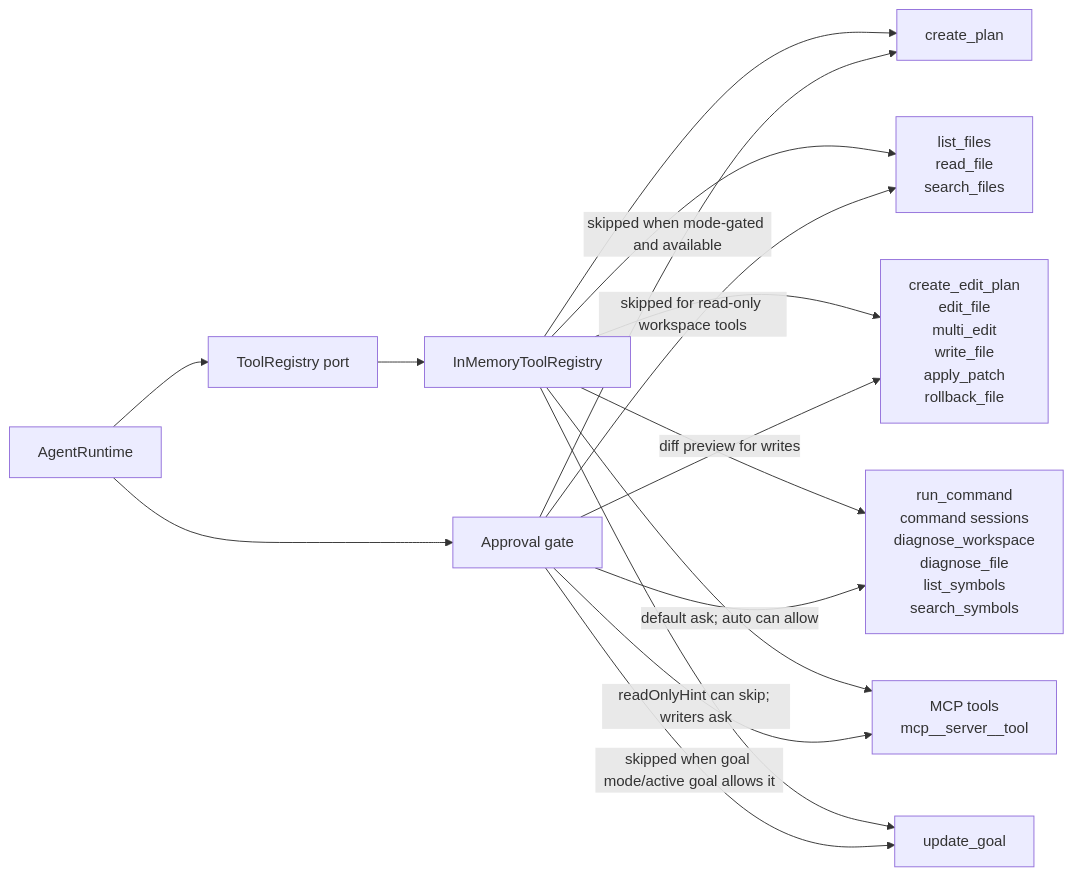
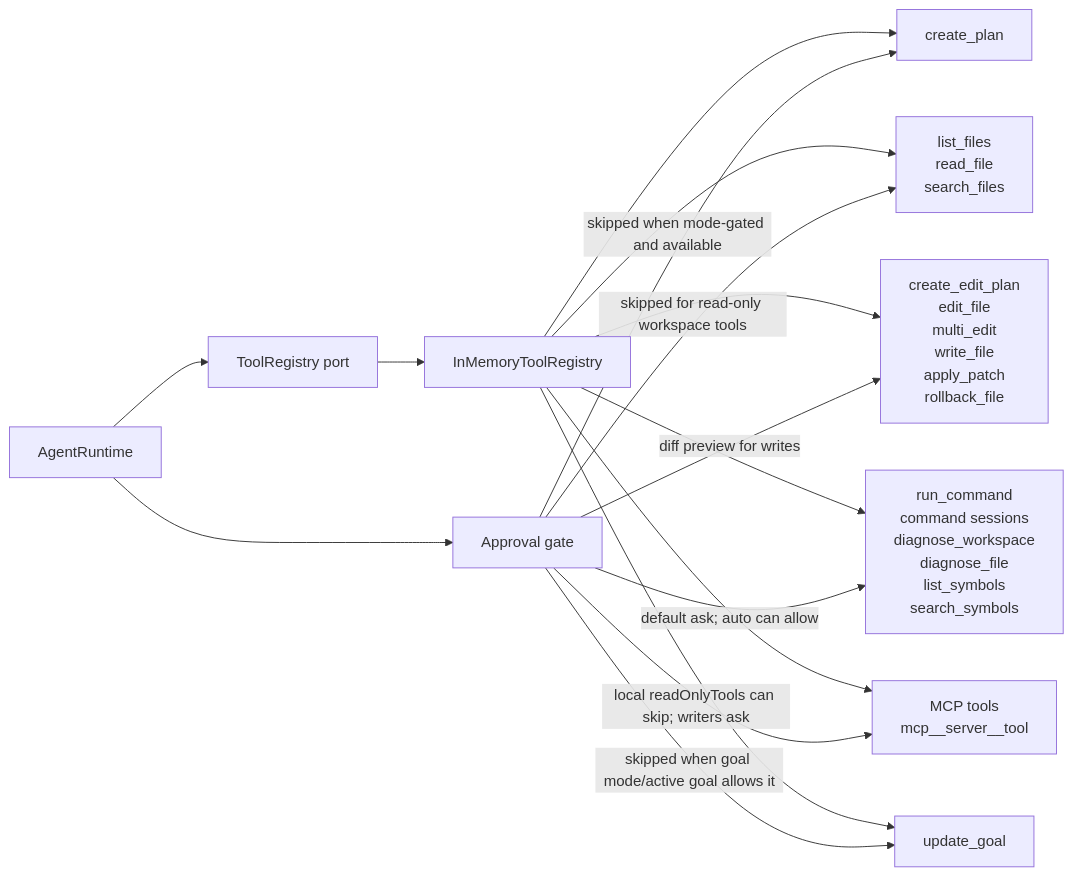
One commit to dp-sudo/agent-pyramid-desktop changed the fifth of 9 diagrams in docs/architecture.md. Above: the diagram before and after it, drawn with Mermaid. The commit also changed other lines of this file and 4 other files, not shown here.

````diff
--- a/docs/architecture.md
+++ b/docs/architecture.md
@@ -251,29 +251,29 @@
 ```mermaid
 flowchart LR
   Runtime["AgentRuntime"]
   Registry["ToolRegistry port"]
   InMemory["InMemoryToolRegistry"]
   Plan["create_plan"]
   Workspace["list_files\nread_file\nsearch_files"]
   Coding["create_edit_plan\nedit_file\nmulti_edit\nwrite_file\napply_patch\nrollback_file"]
   Command["run_command\ncommand sessions\ndiagnose_workspace\ndiagnose_file\nlist_symbols\nsearch_symbols"]
   Mcp["MCP tools\nmcp__server__tool"]
   Goal["update_goal"]
   Approval["Approval gate"]
 
   Runtime --> Registry
   Registry --> InMemory
   InMemory --> Plan
   InMemory --> Workspace
   InMemory --> Coding
   InMemory --> Command
   InMemory --> Mcp
   InMemory --> Goal
   Runtime --> Approval
   Approval -->|"skipped for read-only workspace tools"| Workspace
   Approval -->|"diff preview for writes"| Coding
   Approval -->|"default ask; auto can allow"| Command
-  Approval -->|"readOnlyHint can skip; writers ask"| Mcp
+  Approval -->|"local readOnlyTools can skip; writers ask"| Mcp
   Approval -->|"skipped when mode-gated and available"| Plan
   Approval -->|"skipped when goal mode/active goal allows it"| Goal
 ```
````
